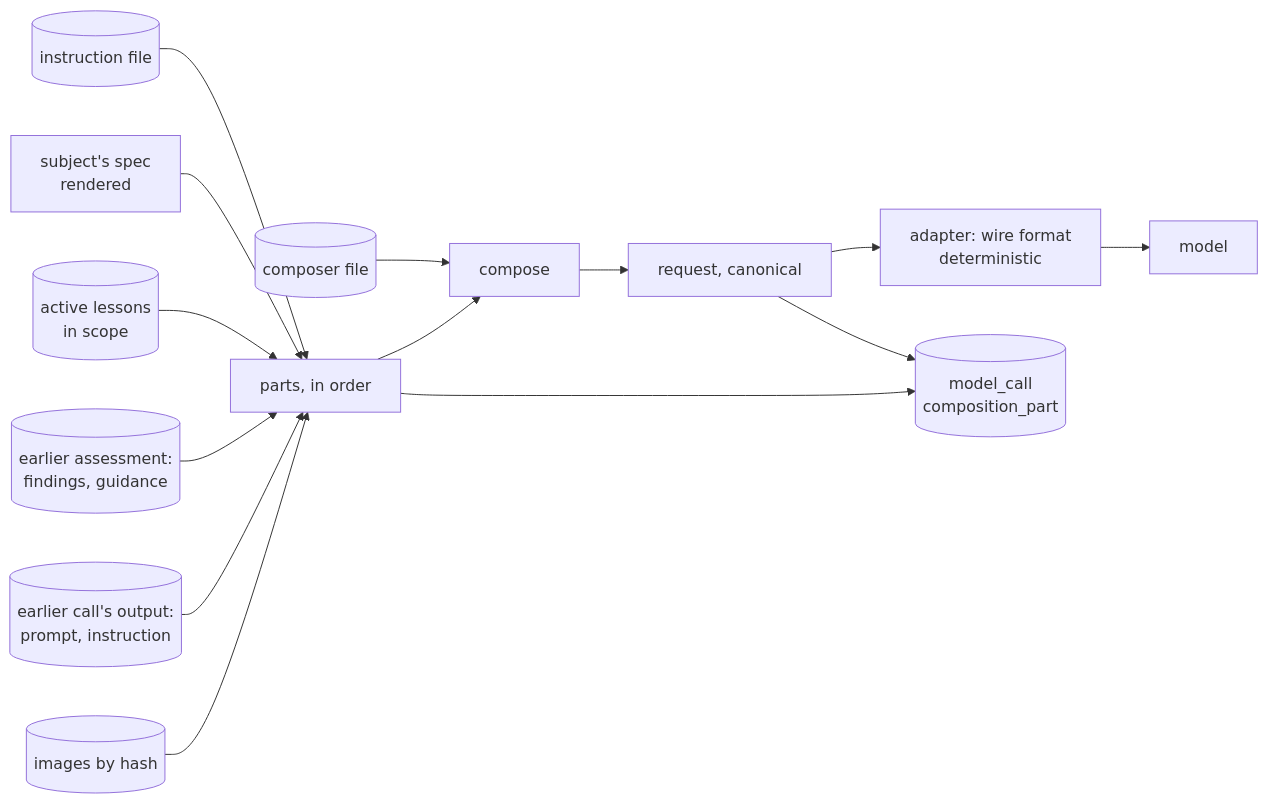
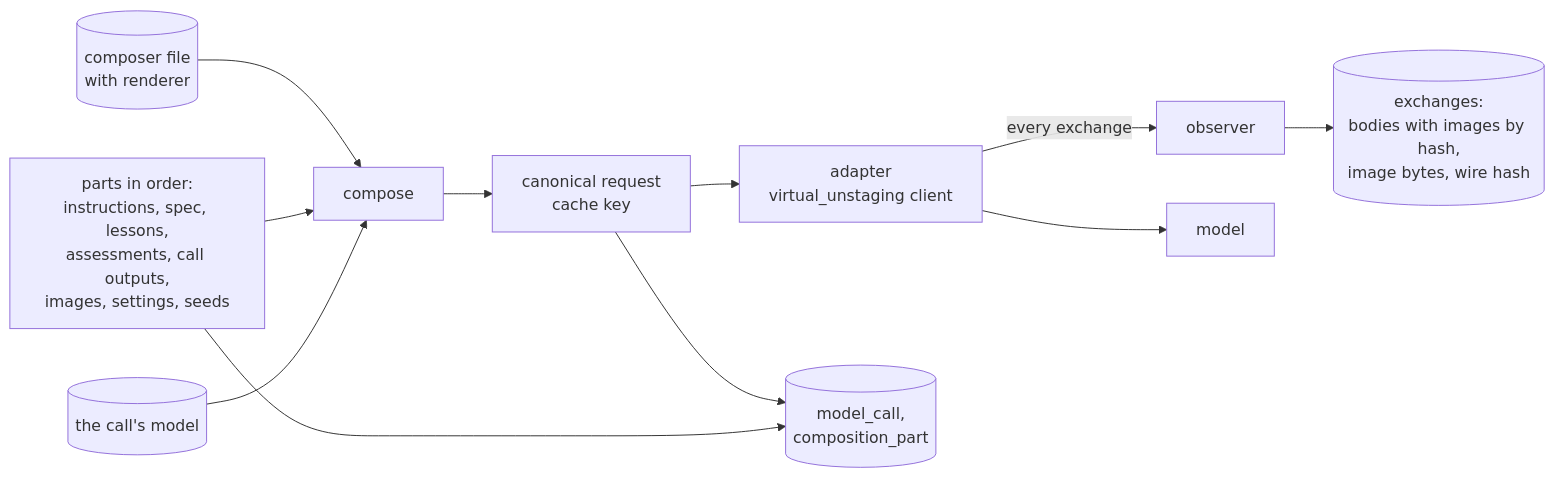
One commit to intent-graph/ai_tooling changed the first of 2 diagrams in clutter_pairs/design/loops.md. Above: the diagram before and after it, drawn with Mermaid. The commit also changed other lines of this file and 10 other files, not shown here.

````diff
--- a/clutter_pairs/design/loops.md
+++ b/clutter_pairs/design/loops.md
@@ -56,13 +58,11 @@
 ```mermaid
 flowchart LR
-  F[(composer file)] --> C[compose]
-  I[(instruction file)] --> P[parts, in order]
-  S[subject's spec<br/>rendered] --> P
-  L[(active lessons<br/>in scope)] --> P
-  A[(earlier assessment:<br/>findings, guidance)] --> P
-  O[(earlier call's output:<br/>prompt, instruction)] --> P
-  M[(images by hash)] --> P
-  P --> C --> R[request, canonical] --> X[adapter: wire format<br/>deterministic] --> MOD[model]
-  R --> DB[(model_call<br/>composition_part)]
+  F[(composer file<br/>with renderer)] --> C[compose]
+  P[parts in order:<br/>instructions, spec, lessons,<br/>assessments, call outputs,<br/>images, settings, seeds] --> C
+  MO[(the call's model)] --> C
+  C --> R[canonical request<br/>cache key] --> A[adapter<br/>virtual_unstaging client]
+  A -- every exchange --> OB[observer] --> X[(exchanges:<br/>bodies with images by hash,<br/>image bytes, wire hash)]
+  A --> MOD[model]
+  R --> DB[(model_call,<br/>composition_part)]
   P --> DB
 ```
````
